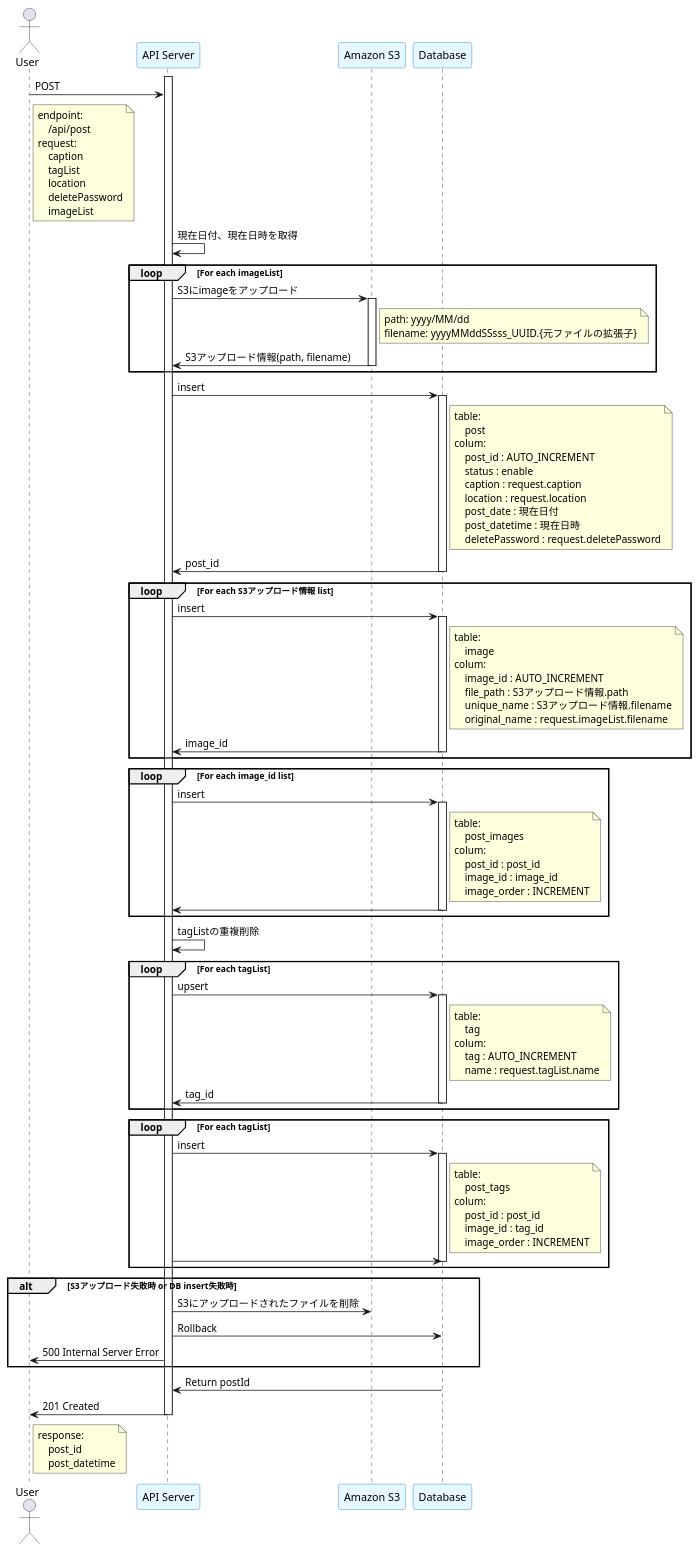
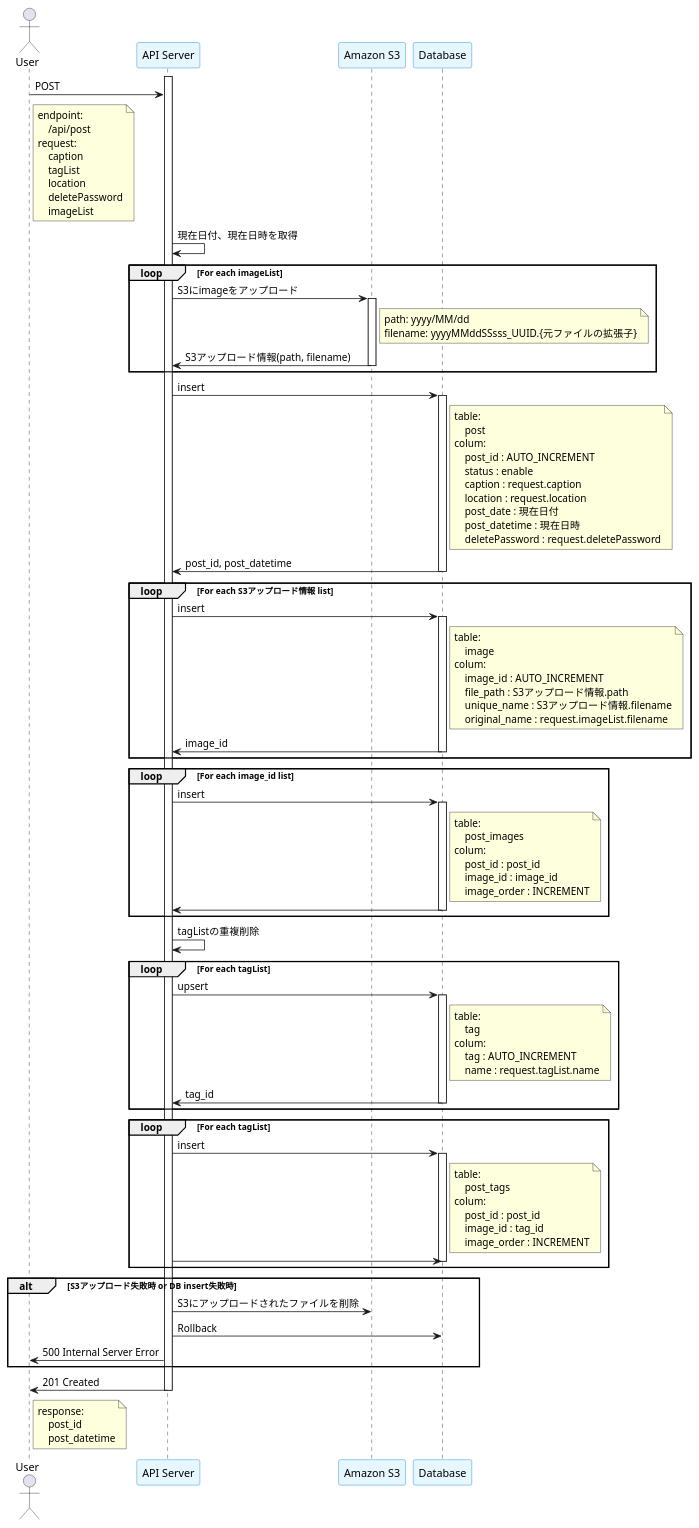
The diagram in docs/sequence/api/create_post.puml (takasumi-m/gallery-docs), drawn with PlantUML before and after one commit.

Commit message:
update: create_post.puml

```diff
--- a/docs/sequence/api/create_post.puml
+++ b/docs/sequence/api/create_post.puml
@@ -1,128 +1,127 @@
 @startuml
 skinparam ParticipantBorderColor #007ACC
 skinparam ParticipantBackgroundColor #E6F7FF
 
 actor User as user
 participant "API Server" as server
 participant "Amazon S3" as S3
 participant "Database" as DB
 
 activate server
 user -> server: POST
 note right of user
     endpoint:
         /api/post
     request:
         caption
         tagList
         location
         deletePassword
         imageList
 end note
 server -> server: 現在日付、現在日時を取得
 loop For each imageList
     server -> S3: S3にimageをアップロード
     note right of S3
         path: yyyy/MM/dd
         filename: yyyyMMddSSsss_UUID.{元ファイルの拡張子}
     end note
     activate S3
     S3 -> server: S3アップロード情報(path, filename)
     deactivate S3
 end loop
 server -> DB: insert
 activate DB
     note right of DB
         table:
             post
         colum:
             post_id : AUTO_INCREMENT
             status : enable
             caption : request.caption
             location : request.location
             post_date : 現在日付
             post_datetime : 現在日時
             deletePassword : request.deletePassword
     end note
-DB -> server: post_id
+DB -> server: post_id, post_datetime
 deactivate DB
 
 
 loop For each S3アップロード情報 list
     server -> DB: insert
     activate DB
         note right of DB
             table:
                 image
             colum:
                 image_id : AUTO_INCREMENT
                 file_path : S3アップロード情報.path
                 unique_name : S3アップロード情報.filename
                 original_name : request.imageList.filename
         end note
     DB -> server: image_id
     deactivate DB
 end loop
 
 loop For each image_id list
     server -> DB: insert
     activate DB
     note right of DB
         table:
             post_images
         colum:
             post_id : post_id
             image_id : image_id
             image_order : INCREMENT
     end note
     DB -> server:
     deactivate DB
 end loop
 
 server -> server: tagListの重複削除
 
 loop For each tagList
     server -> DB: upsert
     activate DB
     note right of DB
         table:
             tag
         colum:
             tag : AUTO_INCREMENT
             name : request.tagList.name
     end note
     DB -> server:  tag_id
     deactivate DB
 end loop
 
 loop For each tagList
 
     server -> DB: insert
     activate DB
         note right of DB
             table:
                 post_tags
             colum:
                 post_id : post_id
                 image_id : tag_id
                 image_order : INCREMENT
         end note
     server -> DB:
     deactivate DB
 end loop
 
 alt S3アップロード失敗時 or DB insert失敗時
     server -> S3: S3にアップロードされたファイルを削除
     server -> DB: Rollback
     server -> user: 500 Internal Server Error
 end alt
 
-DB -> server: Return postId
 server -> user: 201 Created
 note right of user
     response:
         post_id
         post_datetime
 end note
 deactivate server
 @enduml
```
